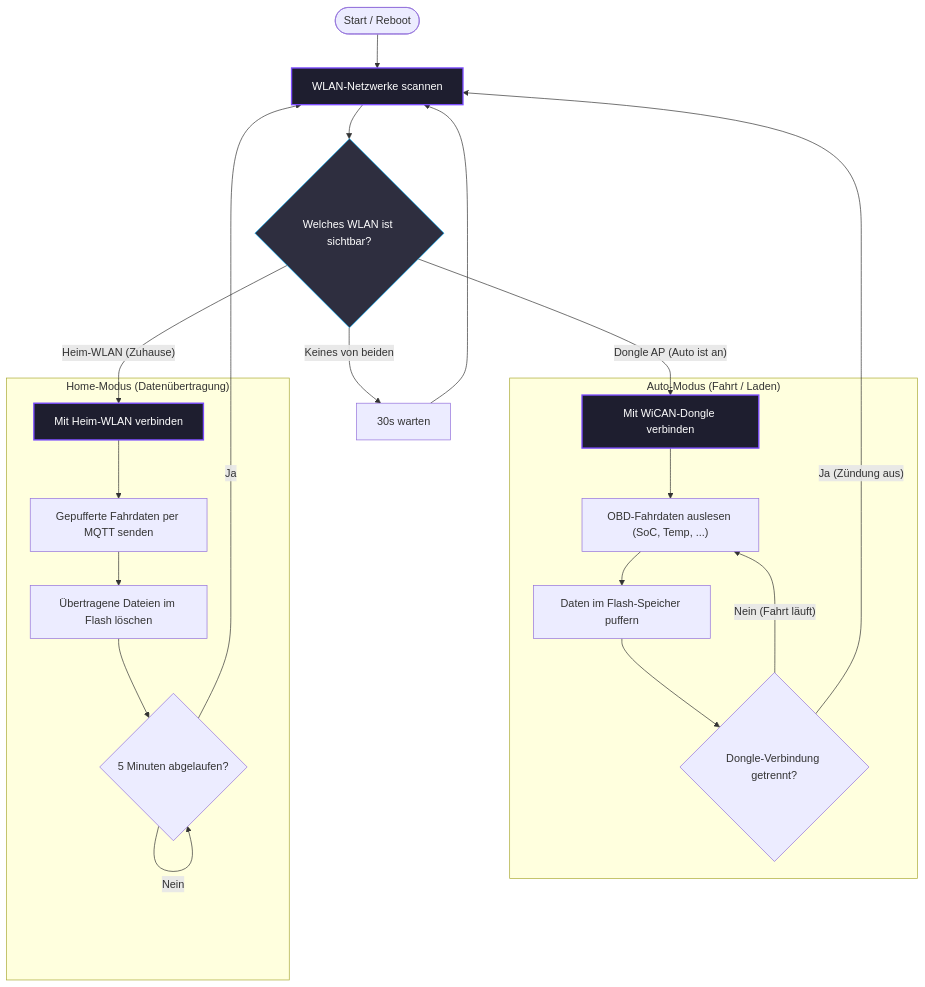
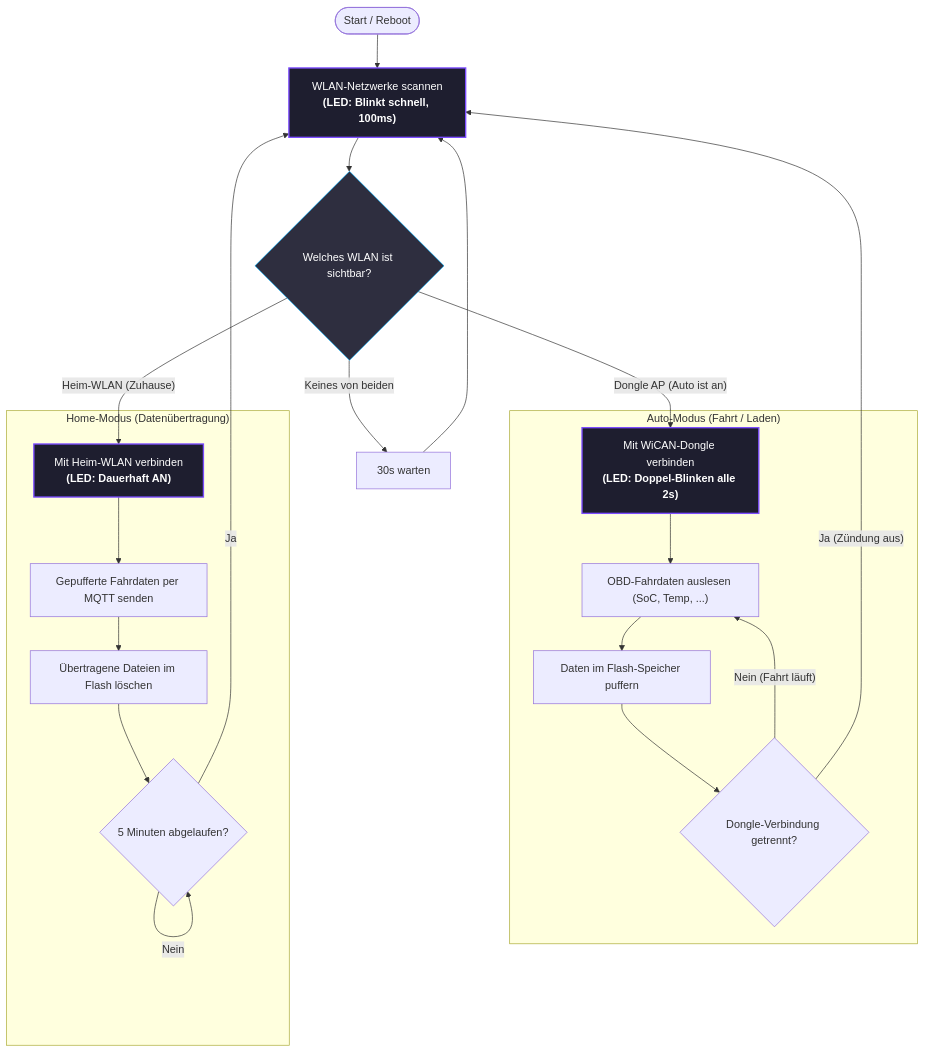
The first of 3 diagrams in artifacts/proxy_architecture.md (BertP/e-up-Proxy), drawn with Mermaid before and after one commit.

Commit message:
add LED blink patterns to high-level flowchart

````diff
--- a/artifacts/proxy_architecture.md
+++ b/artifacts/proxy_architecture.md
@@ -13,32 +13,32 @@
 ```mermaid
 graph TD
     %% Styling
     classDef mainStyle fill:#1e1e2f,stroke:#7c4dff,stroke-width:2px,color:#fff;
     classDef branchStyle fill:#2e2e3f,stroke:#03a9f4,stroke-width:1px,color:#fff;
     
-    Boot([Start / Reboot]) --> Scan["WLAN-Netzwerke scannen"]:::mainStyle
+    Boot([Start / Reboot]) --> Scan["WLAN-Netzwerke scannen<br/><b>(LED: Blinkt schnell, 100ms)</b>"]:::mainStyle
     
     Scan --> Decision{"Welches WLAN ist sichtbar?"}:::branchStyle
     
-    Decision -- "Dongle AP (Auto ist an)" --> ConnectWican["Mit WiCAN-Dongle verbinden"]:::mainStyle
-    Decision -- "Heim-WLAN (Zuhause)" --> ConnectHome["Mit Heim-WLAN verbinden"]:::mainStyle
+    Decision -- "Dongle AP (Auto ist an)" --> ConnectWican["Mit WiCAN-Dongle verbinden<br/><b>(LED: Doppel-Blinken alle 2s)</b>"]:::mainStyle
+    Decision -- "Heim-WLAN (Zuhause)" --> ConnectHome["Mit Heim-WLAN verbinden<br/><b>(LED: Dauerhaft AN)</b>"]:::mainStyle
     Decision -- "Keines von beiden" --> Pause["30s warten"] --> Scan
     
     %% Dongle Branch
     subgraph DONGLE_OPERATIONS ["Auto-Modus (Fahrt / Laden)"]
         ConnectWican --> ReadData["OBD-Fahrdaten auslesen (SoC, Temp, ...)"]
         ReadData --> BufferData["Daten im Flash-Speicher puffern"]
         BufferData --> WicanLost{"Dongle-Verbindung getrennt?"}
         WicanLost -- Nein (Fahrt läuft) --> ReadData
     end
     WicanLost -- Ja (Zündung aus) --> Scan
     
     %% Home Branch
     subgraph HOME_OPERATIONS ["Home-Modus (Datenübertragung)"]
         ConnectHome --> FlushQueue["Gepufferte Fahrdaten per MQTT senden"]
         FlushQueue --> ClearQueue["Übertragene Dateien im Flash löschen"]
         ClearQueue --> HomeTimeout{"5 Minuten abgelaufen?"}
         HomeTimeout -- Nein --> HomeTimeout
     end
     HomeTimeout -- Ja --> Scan
 ```
````
